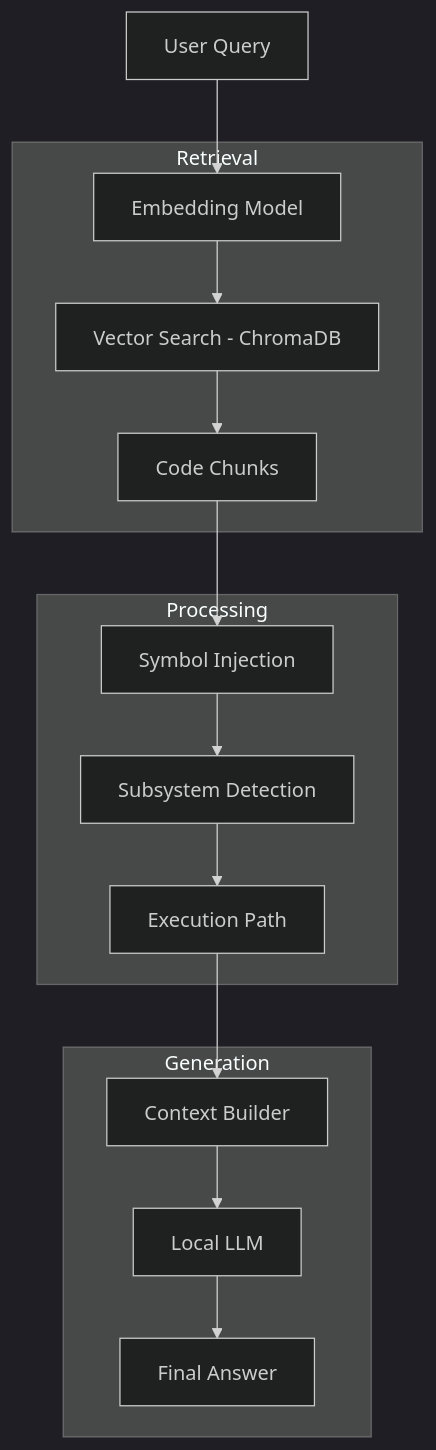
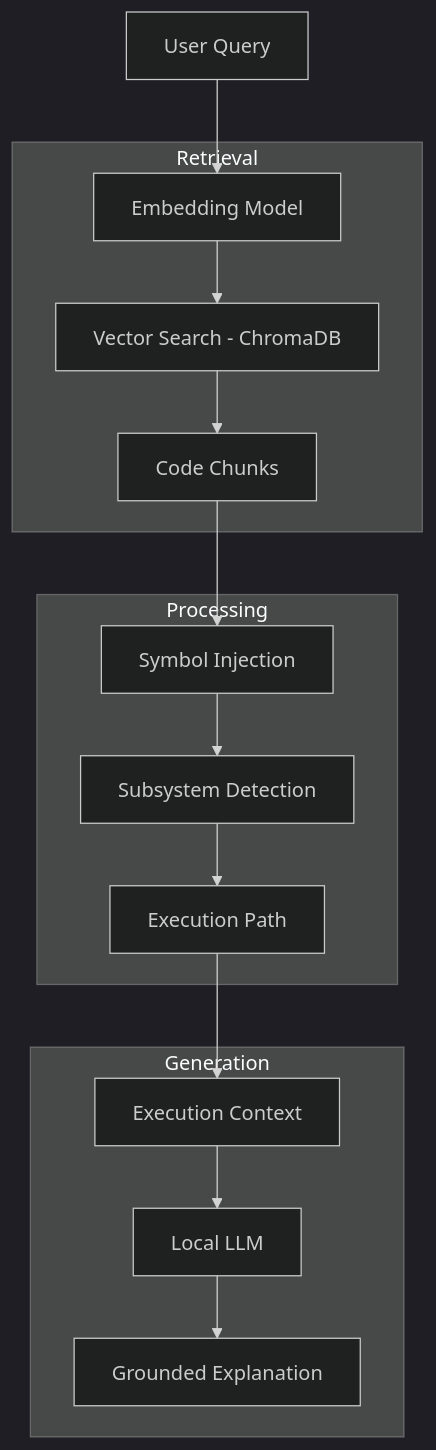
Before and after one commit to yashanand07/kernelscope: the diagram in README.md, drawn with Mermaid (dark theme). The commit also changed other lines of this file and 1 other file, not shown here.

````diff
--- a/README.md
+++ b/README.md
@@ -125,25 +130,25 @@
 ```mermaid
 flowchart TD
 
 A[User Query]
 
 subgraph Retrieval
 B[Embedding Model]
 C[Vector Search - ChromaDB]
 D[Code Chunks]
 end
 
 subgraph Processing
 E[Symbol Injection]
 F[Subsystem Detection]
 G[Execution Path]
 end
 
 subgraph Generation
-H[Context Builder]
+H[Execution Context]
 I[Local LLM]
-J[Final Answer]
+J[Grounded Explanation]
 end
 
 A --> B --> C --> D --> E --> F --> G --> H --> I --> J
 ```
````
